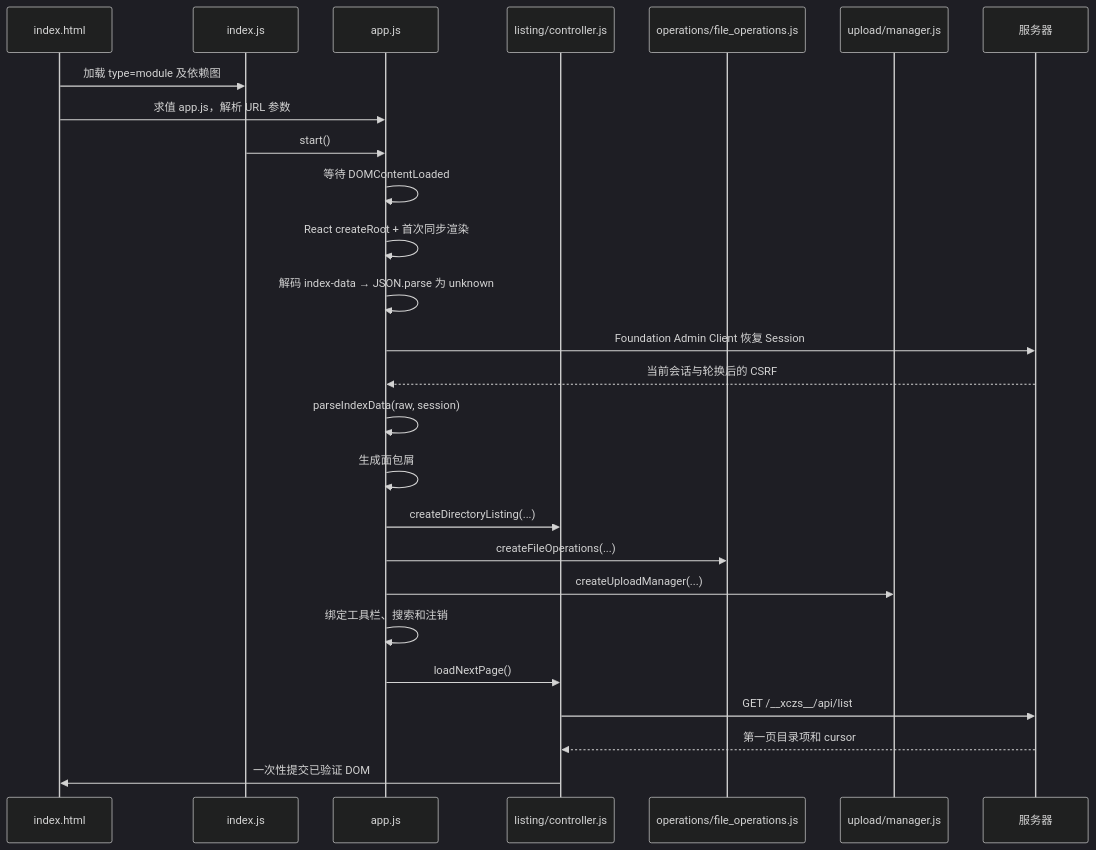
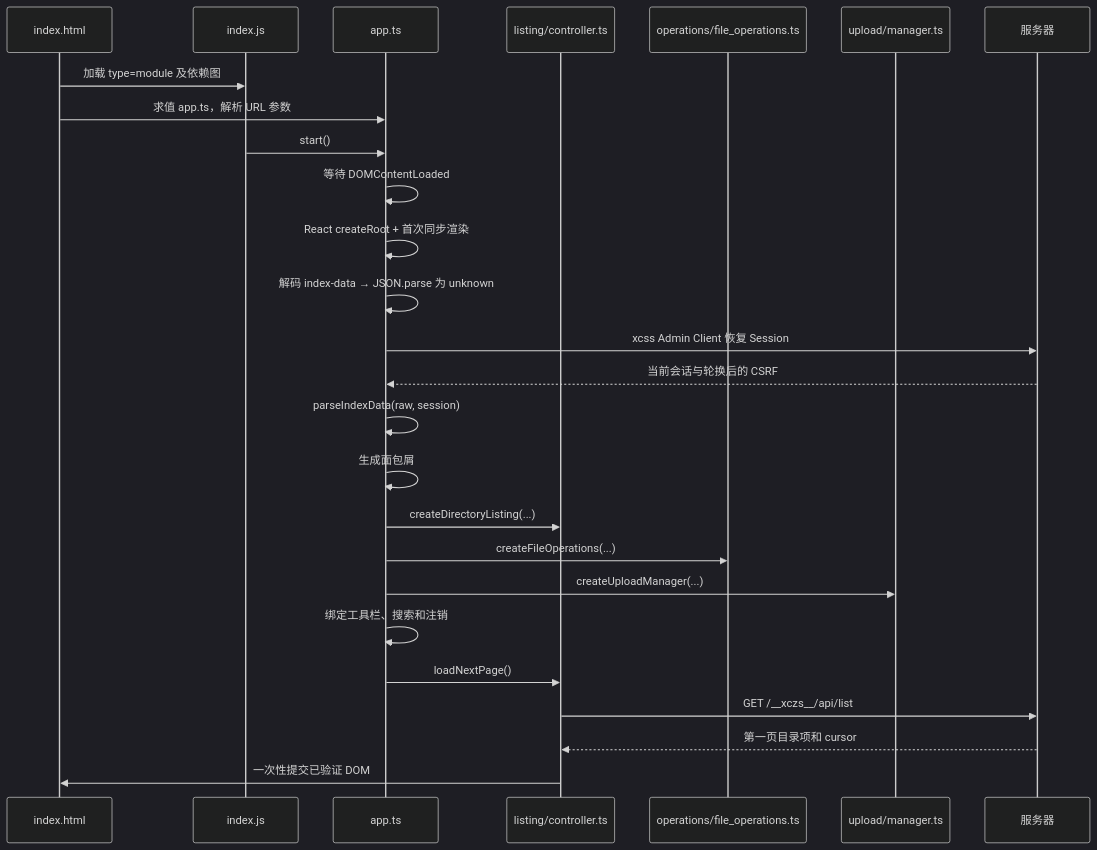
Before and after one commit to isarmg/dufs-ram-server: the second of 5 diagrams in docs/beginner-guide/06-frontend-guide.md, drawn with Mermaid (dark theme). The commit also changed other lines of this file and 186 other files, not shown here.

````diff
--- a/docs/beginner-guide/06-frontend-guide.md
+++ b/docs/beginner-guide/06-frontend-guide.md
@@ -145,28 +145,28 @@
 ```mermaid
 sequenceDiagram
     participant H as index.html
     participant E as index.js
-    participant A as app.js
-    participant L as listing/controller.js
-    participant O as operations/file_operations.js
-    participant U as upload/manager.js
+    participant A as app.ts
+    participant L as listing/controller.ts
+    participant O as operations/file_operations.ts
+    participant U as upload/manager.ts
     participant S as 服务器
     H->>E: 加载 type=module 及依赖图
-    H->>A: 求值 app.js，解析 URL 参数
+    H->>A: 求值 app.ts，解析 URL 参数
     E->>A: start()
     A->>A: 等待 DOMContentLoaded
     A->>A: React createRoot + 首次同步渲染
     A->>A: 解码 index-data → JSON.parse 为 unknown
-    A->>S: Foundation Admin Client 恢复 Session
+    A->>S: xcss Admin Client 恢复 Session
     S-->>A: 当前会话与轮换后的 CSRF
     A->>A: parseIndexData(raw, session)
     A->>A: 生成面包屑
     A->>L: createDirectoryListing(...)
     A->>O: createFileOperations(...)
     A->>U: createUploadManager(...)
     A->>A: 绑定工具栏、搜索和注销
     A->>L: loadNextPage()
     L->>S: GET /__xczs__/api/list
     S-->>L: 第一页目录项和 cursor
     L->>H: 一次性提交已验证 DOM
 ```
````
